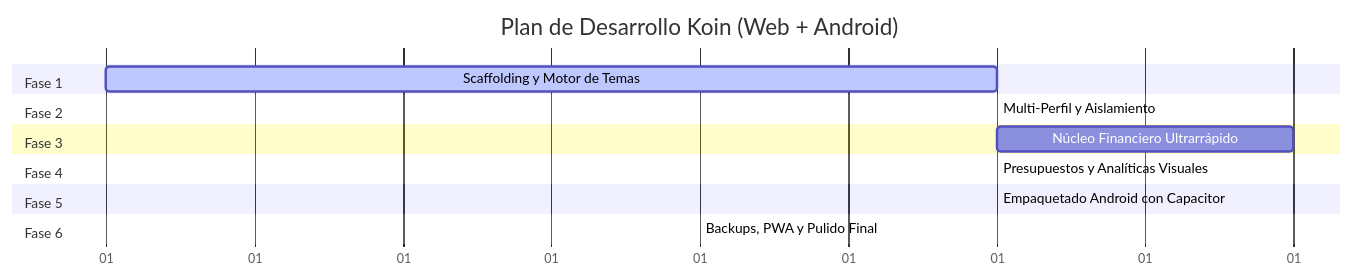
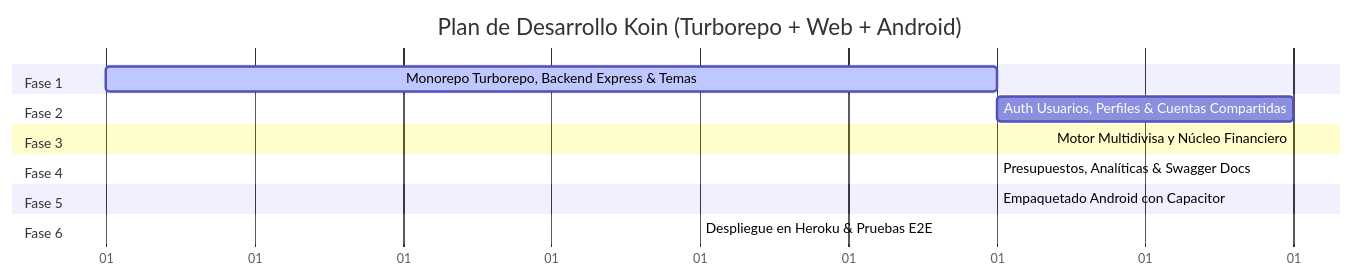
One commit to dypok/koin changed the diagram in documentation/ROADMAP.md. Above: the diagram before and after it, drawn with Mermaid. The commit also changed other lines of this file and 6 other files, not shown here.

Commit message:
docs: finalize architecture with Turborepo, Netflix-style profiles, shared accounts RBAC, and multi-currency engine

````diff
--- a/documentation/ROADMAP.md
+++ b/documentation/ROADMAP.md
@@ -9,18 +9,18 @@
 ```mermaid
 gantt
-    title Plan de Desarrollo Koin (Web + Android)
+    title Plan de Desarrollo Koin (Turborepo + Web + Android)
     dateFormat  X
     axisFormat %d
     section Fase 1
-    Scaffolding y Motor de Temas        :active, p1, 0, 3
+    Monorepo Turborepo, Backend Express & Temas  :active, p1, 0, 3
     section Fase 2
-    Multi-Perfil y Aislamiento          :p2, after p1, 3
+    Auth Usuarios, Perfiles & Cuentas Compartidas :p2, after p1, 4
     section Fase 3
-    Núcleo Financiero Ultrarrápido      :p3, after p2, 4
+    Motor Multidivisa y Núcleo Financiero       :p3, after p2, 4
     section Fase 4
-    Presupuestos y Analíticas Visuales  :p4, after p3, 3
+    Presupuestos, Analíticas & Swagger Docs      :p4, after p3, 3
     section Fase 5
-    Empaquetado Android con Capacitor   :p5, after p4, 3
+    Empaquetado Android con Capacitor           :p5, after p4, 3
     section Fase 6
-    Backups, PWA y Pulido Final         :p6, after p5, 2
+    Despliegue en Heroku & Pruebas E2E           :p6, after p5, 2
 ```
````
